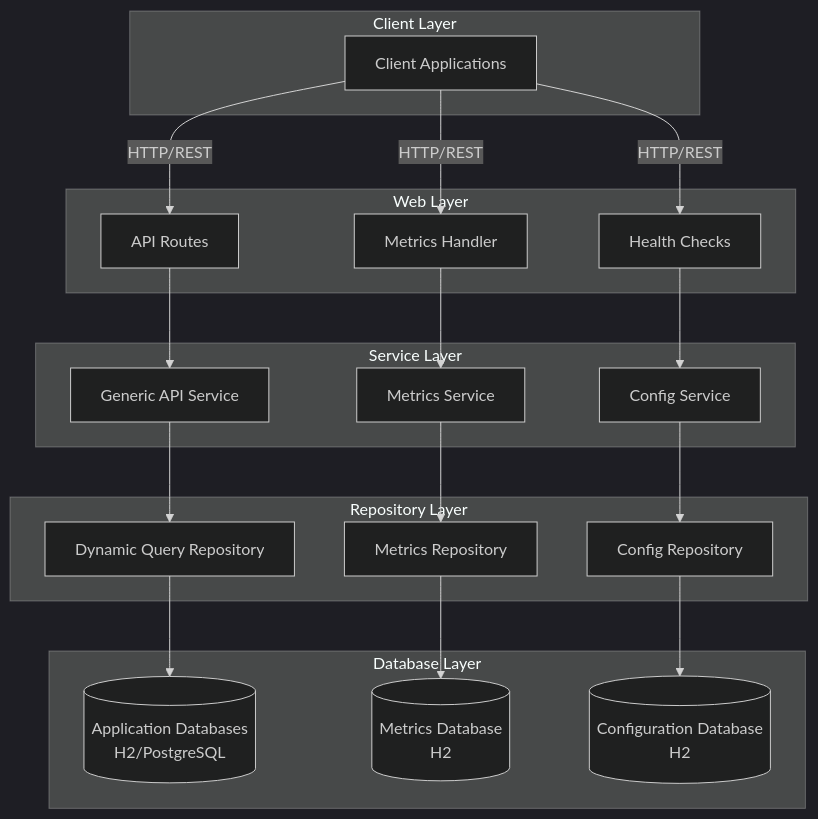
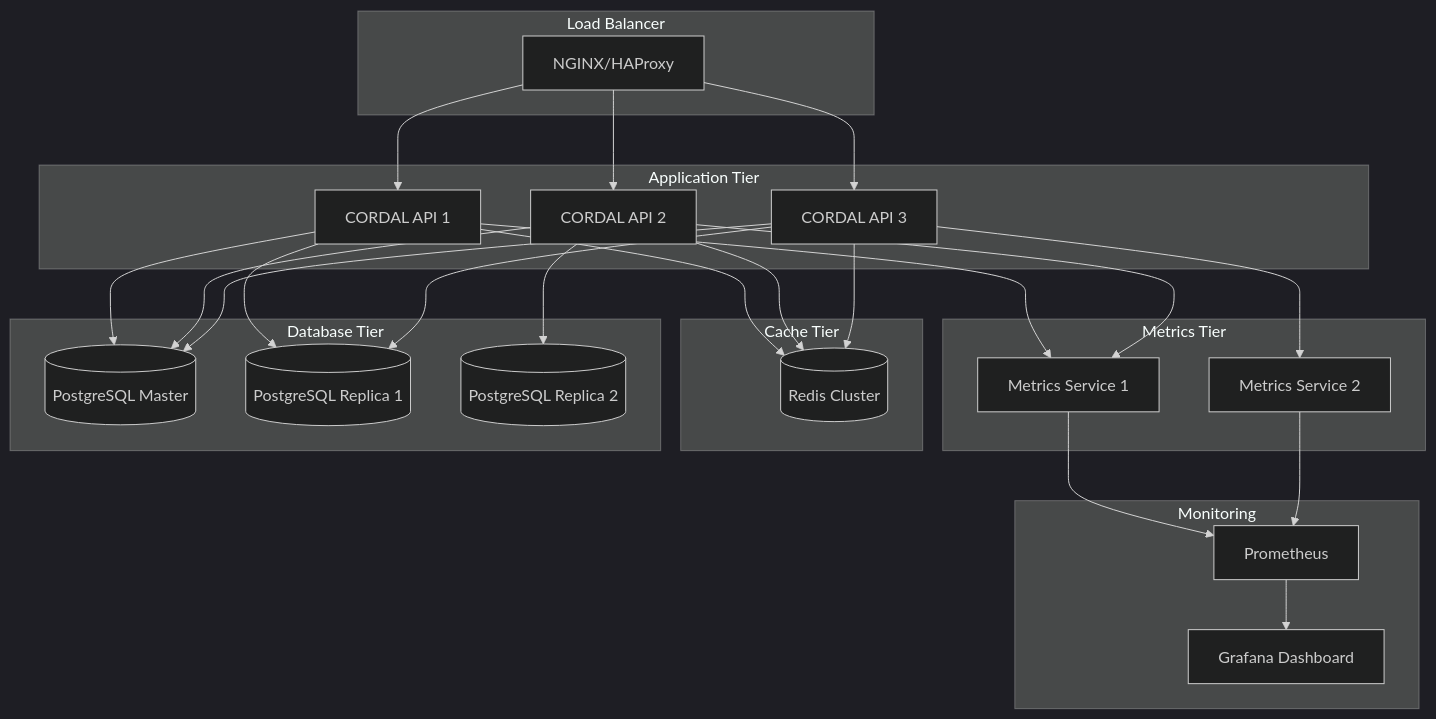
One commit to mraysmit/cordal-api-mesh changed the second of 14 diagrams in docs/CORDAL_COMPREHENSIVE_GUIDE.md. Above: the diagram before and after it, drawn with Mermaid (dark theme). The commit also changed other lines of this file and 4 other files, not shown here.

Commit message:
Refactor cache handling and introduce type-safe DTOs for cache invalidation and health responses

````diff
--- a/docs/CORDAL_COMPREHENSIVE_GUIDE.md
+++ b/docs/CORDAL_COMPREHENSIVE_GUIDE.md
@@ -99,46 +1651,55 @@
 ```mermaid
 graph TB
-    subgraph "Client Layer"
-        Client[Client Applications]
+    subgraph "Load Balancer"
+        LB[NGINX/HAProxy]
     end
 
-    subgraph "Web Layer"
-        Routes[API Routes]
-        Metrics[Metrics Handler]
-        Health[Health Checks]
+    subgraph "Application Tier"
+        API1[CORDAL API 1]
+        API2[CORDAL API 2]
+        API3[CORDAL API 3]
     end
 
-    subgraph "Service Layer"
-        GenericAPI[Generic API Service]
-        MetricsService[Metrics Service]
-        ConfigService[Config Service]
+    subgraph "Metrics Tier"
+        M1[Metrics Service 1]
+        M2[Metrics Service 2]
     end
 
-    subgraph "Repository Layer"
-        DynamicRepo[Dynamic Query Repository]
-        MetricsRepo[Metrics Repository]
-        ConfigRepo[Config Repository]
+    subgraph "Cache Tier"
+        REDIS[(Redis Cluster)]
     end
 
-    subgraph "Database Layer"
-        AppDB[(Application Databases<br/>H2/PostgreSQL)]
-        MetricsDB[(Metrics Database<br/>H2)]
-        ConfigDB[(Configuration Database<br/>H2)]
+    subgraph "Database Tier"
+        MASTER[(PostgreSQL Master)]
+        REPLICA1[(PostgreSQL Replica 1)]
+        REPLICA2[(PostgreSQL Replica 2)]
     end
 
-    Client -->|HTTP/REST| Routes
-    Client -->|HTTP/REST| Metrics
-    Client -->|HTTP/REST| Health
+    subgraph "Monitoring"
+        GRAFANA[Grafana Dashboard]
+        PROMETHEUS[Prometheus]
+    end
 
-    Routes --> GenericAPI
-    Metrics --> MetricsService
-    Health --> ConfigService
+    LB --> API1
+    LB --> API2
+    LB --> API3
 
-    GenericAPI --> DynamicRepo
-    MetricsService --> MetricsRepo
-    ConfigService --> ConfigRepo
+    API1 --> REDIS
+    API2 --> REDIS
+    API3 --> REDIS
 
-    DynamicRepo --> AppDB
-    MetricsRepo --> MetricsDB
-    ConfigRepo --> ConfigDB
+    API1 --> MASTER
+    API1 --> REPLICA1
+    API2 --> MASTER
+    API2 --> REPLICA2
+    API3 --> MASTER
+    API3 --> REPLICA1
+
+    API1 --> M1
+    API2 --> M1
+    API3 --> M2
+
+    M1 --> PROMETHEUS
+    M2 --> PROMETHEUS
+    PROMETHEUS --> GRAFANA
 ```
````
